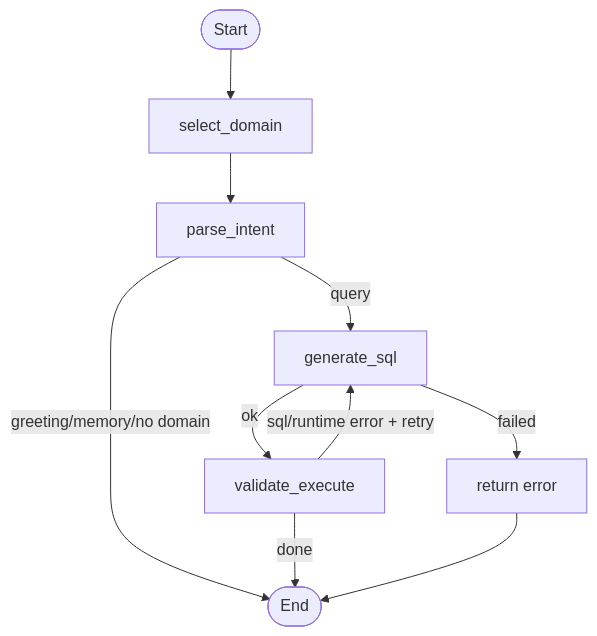
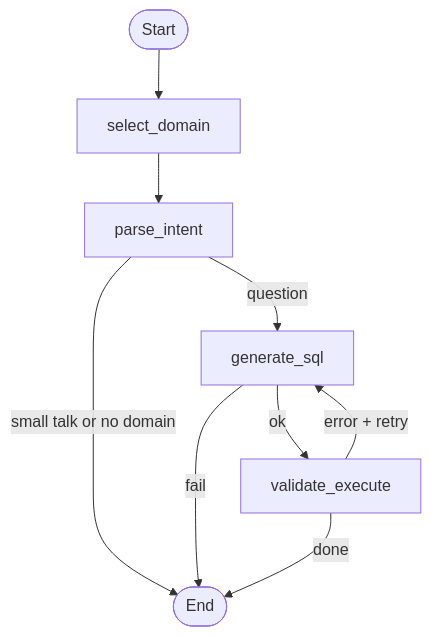
The diagram in README.md (tashonnelo/text-sql), drawn with Mermaid before and after one commit. The commit also changed 6 other files, not shown here.

````diff
--- a/README.md
+++ b/README.md
@@ -1,12 +1,11 @@
 ```mermaid
 flowchart TD
 	A([Start]) --> B[select_domain]
 	B --> C[parse_intent]
-	C -->|greeting/memory/no domain| Z([End])
-	C -->|query| D[generate_sql]
-	D -->|failed| F[return error]
+	C -->|small talk or no domain| Z([End])
+	C -->|question| D[generate_sql]
+	D -->|fail| Z
 	D -->|ok| E[validate_execute]
-	E -->|sql/runtime error + retry| D
+	E -->|error + retry| D
 	E -->|done| Z
-	F --> Z
 ```
````
